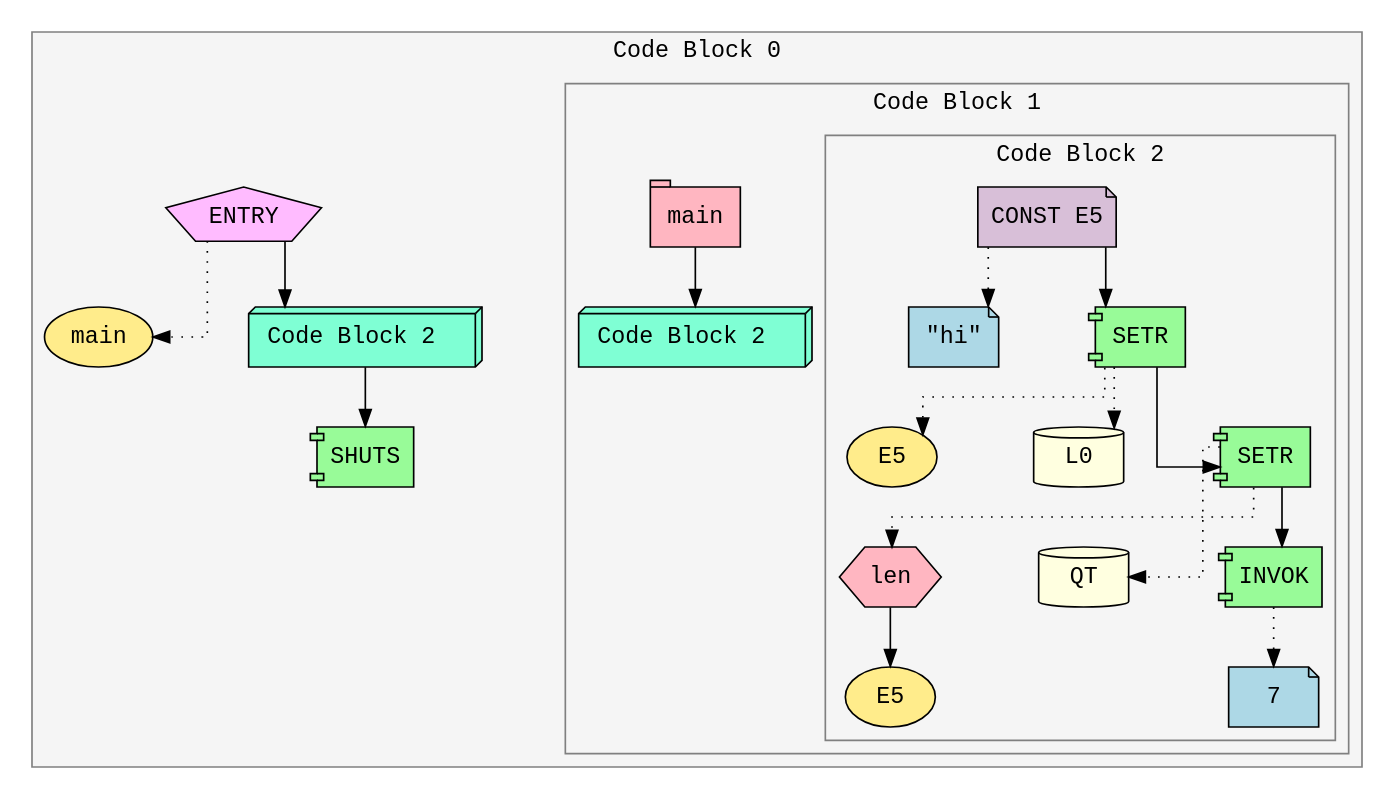
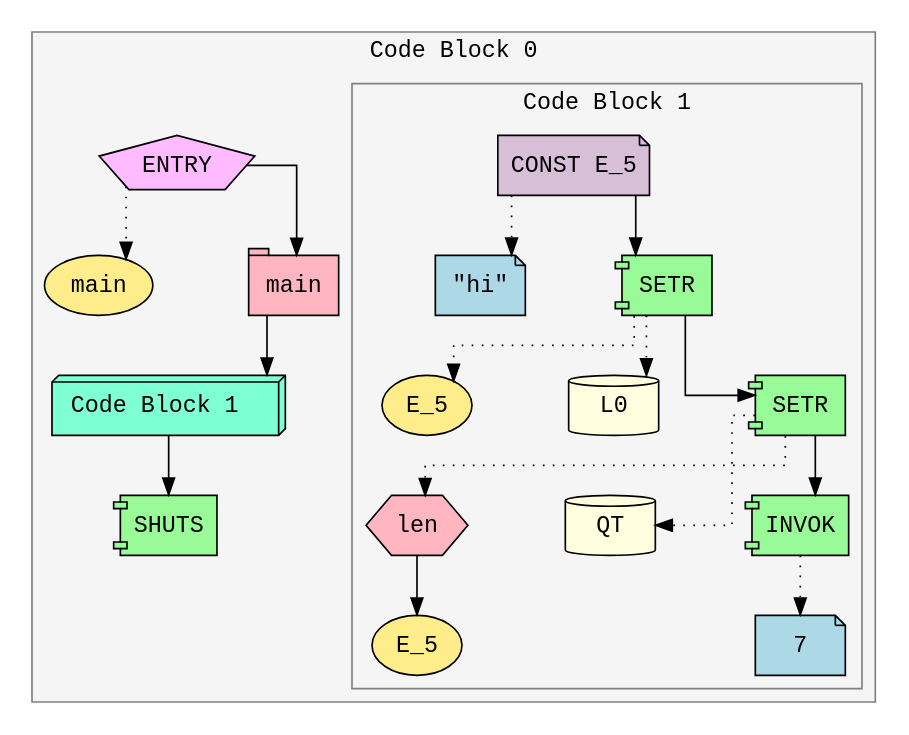
Before and after one commit to Soham-Metha/IICT_Segfault_2025: the diagram in ir.dot, drawn with Graphviz. The commit also changed 2 other files, not shown here.

```diff
--- a/ir.dot
+++ b/ir.dot
@@ -1,57 +1,49 @@
 digraph ir {
 splines=ortho;
 nodesep=0.8;
 ranksep=0.5;
 subgraph cluster_0 {
 label="Code Block 0 ";
 style=filled;
 color=gray;
 fillcolor=whitesmoke;
 fontname="Courier";
 Expr_1 [shape=pentagon style=filled fillcolor=plum1 fontname="Courier" label="ENTRY"]
 Expr_2 [shape=ellipse style=filled fillcolor=lightgoldenrod1 fontname="Courier" label="main"]
 Expr_1 -> Expr_2 [style=dotted]
-subgraph cluster_3 {
+Expr_3 [shape=tab style=filled fillcolor=lightpink fontname="Courier" label="main"]
+Expr_1 -> Expr_3;
+subgraph cluster_4 {
 label="Code Block 1 ";
 style=filled;
 color=gray;
 fillcolor=whitesmoke;
 fontname="Courier";
-Expr_4 [shape=tab style=filled fillcolor=lightpink fontname="Courier" label="main"]
-subgraph cluster_5 {
-label="Code Block 2 ";
-style=filled;
-color=gray;
-fillcolor=whitesmoke;
-fontname="Courier";
-Expr_6 [shape=note style=filled fillcolor=thistle fontname="Courier" label="CONST E5"]
-Expr_7 [shape=note style=filled fillcolor=lightblue fontname="Courier" label="\"hi\""]
-Expr_6 -> Expr_7 [style=dotted]
-Expr_8 [shape=component style=filled fillcolor=palegreen fontname="Courier" label="SETR"]
-Expr_9 [shape=ellipse style=filled fillcolor=lightgoldenrod1 fontname="Courier" label="E5"]
-Expr_8 -> Expr_9 [style=dotted]
-Expr_10 [shape=cylinder style=filled fillcolor=lightyellow fontname="Courier" label="L0"]
-Expr_8 -> Expr_10 [style=dotted]
-Expr_6 -> Expr_8;
-Expr_11 [shape=component style=filled fillcolor=palegreen fontname="Courier" label="SETR"]
-Expr_12 [shape=hexagon style=filled fillcolor=lightpink fontname="Courier" label="len"]
-Expr_13 [shape=ellipse style=filled fillcolor=lightgoldenrod1 fontname="Courier" label="E5"]
-Expr_12 -> Expr_13
-Expr_11 -> Expr_12 [style=dotted]
-Expr_14 [shape=cylinder style=filled fillcolor=lightyellow fontname="Courier" label="QT"]
-Expr_11 -> Expr_14 [style=dotted]
-Expr_8 -> Expr_11;
-Expr_15 [shape=component style=filled fillcolor=palegreen fontname="Courier" label="INVOK"]
-Expr_16 [shape=note style=filled fillcolor=lightblue fontname="Courier" label="7"]
-Expr_15 -> Expr_16 [style=dotted]
-Expr_11 -> Expr_15;
+Expr_5 [shape=note style=filled fillcolor=thistle fontname="Courier" label="CONST E_5"]
+Expr_6 [shape=note style=filled fillcolor=lightblue fontname="Courier" label="\"hi\""]
+Expr_5 -> Expr_6 [style=dotted]
+Expr_7 [shape=component style=filled fillcolor=palegreen fontname="Courier" label="SETR"]
+Expr_8 [shape=ellipse style=filled fillcolor=lightgoldenrod1 fontname="Courier" label="E_5"]
+Expr_7 -> Expr_8 [style=dotted]
+Expr_9 [shape=cylinder style=filled fillcolor=lightyellow fontname="Courier" label="L0"]
+Expr_7 -> Expr_9 [style=dotted]
+Expr_5 -> Expr_7;
+Expr_10 [shape=component style=filled fillcolor=palegreen fontname="Courier" label="SETR"]
+Expr_11 [shape=hexagon style=filled fillcolor=lightpink fontname="Courier" label="len"]
+Expr_12 [shape=ellipse style=filled fillcolor=lightgoldenrod1 fontname="Courier" label="E_5"]
+Expr_11 -> Expr_12
+Expr_10 -> Expr_11 [style=dotted]
+Expr_13 [shape=cylinder style=filled fillcolor=lightyellow fontname="Courier" label="QT"]
+Expr_10 -> Expr_13 [style=dotted]
+Expr_7 -> Expr_10;
+Expr_14 [shape=component style=filled fillcolor=palegreen fontname="Courier" label="INVOK"]
+Expr_15 [shape=note style=filled fillcolor=lightblue fontname="Courier" label="7"]
+Expr_14 -> Expr_15 [style=dotted]
+Expr_10 -> Expr_14;
 }
-Expr_5 [shape=box3d style=filled fillcolor=aquamarine fontname="Courier" label=" Code Block 2  "]
-Expr_4 -> Expr_5;
-}
-Expr_3 [shape=box3d style=filled fillcolor=aquamarine fontname="Courier" label=" Code Block 2  "]
-Expr_1 -> Expr_3;
-Expr_17 [shape=component style=filled fillcolor=palegreen fontname="Courier" label="SHUTS"]
-Expr_3 -> Expr_17;
+Expr_4 [shape=box3d style=filled fillcolor=aquamarine fontname="Courier" label=" Code Block 1  "]
+Expr_3 -> Expr_4;
+Expr_16 [shape=component style=filled fillcolor=palegreen fontname="Courier" label="SHUTS"]
+Expr_4 -> Expr_16;
 }
 }
```
